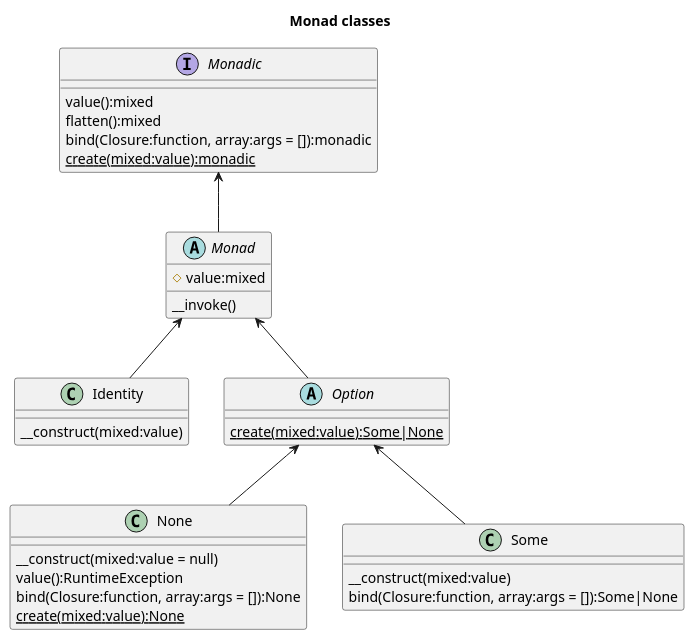
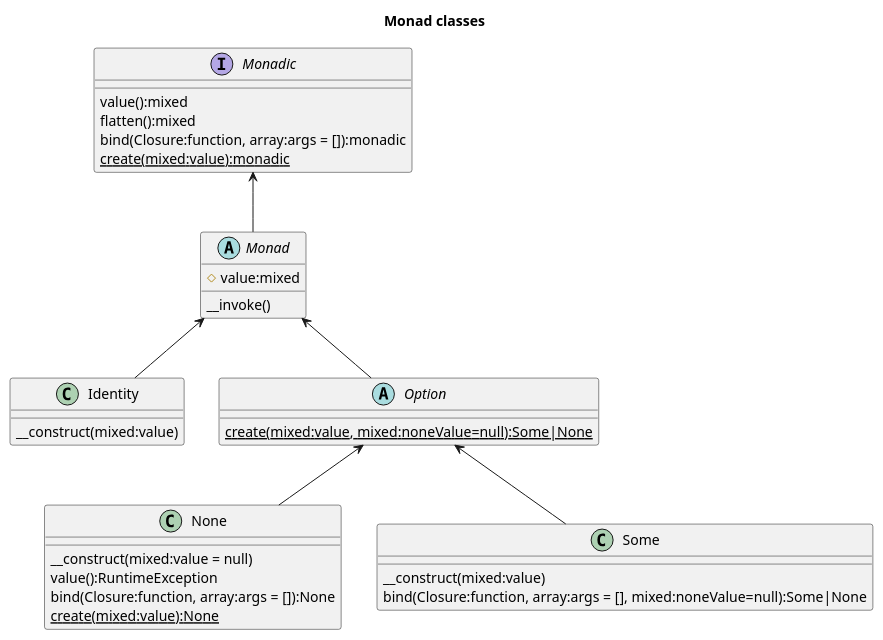
Before and after one commit to chippyash/Monad: the diagram in docs/Monad Classes.puml, drawn with PlantUML. The commit also changed 7 other files, not shown here.

```diff
--- a/docs/Monad Classes.puml
+++ b/docs/Monad Classes.puml
@@ -1,41 +1,41 @@
 @startuml
 title Monad classes
 
 interface Monadic {
     value():mixed
     flatten():mixed
     bind(Closure:function, array:args = []):monadic
     {static} create(mixed:value):monadic
 }
 
 abstract class Monad {
     #value:mixed
     __invoke()
 }
 
 class Identity {
     __construct(mixed:value)
 }
 
 abstract class Option {
-    {static} create(mixed:value):Some|None
+    {static} create(mixed:value, mixed:noneValue=null):Some|None
 }
 
 class None {
     __construct(mixed:value = null)
     value():RuntimeException
     bind(Closure:function, array:args = []):None
     {static} create(mixed:value):None
 }
 
 class Some {
     __construct(mixed:value)
-    bind(Closure:function, array:args = []):Some|None
+    bind(Closure:function, array:args = [], mixed:noneValue=null):Some|None
 }
 
 Monadic <-- Monad
 Monad <-- Identity
 Monad <-- Option
 Option <-- None
 Option <-- Some
 @enduml
```
